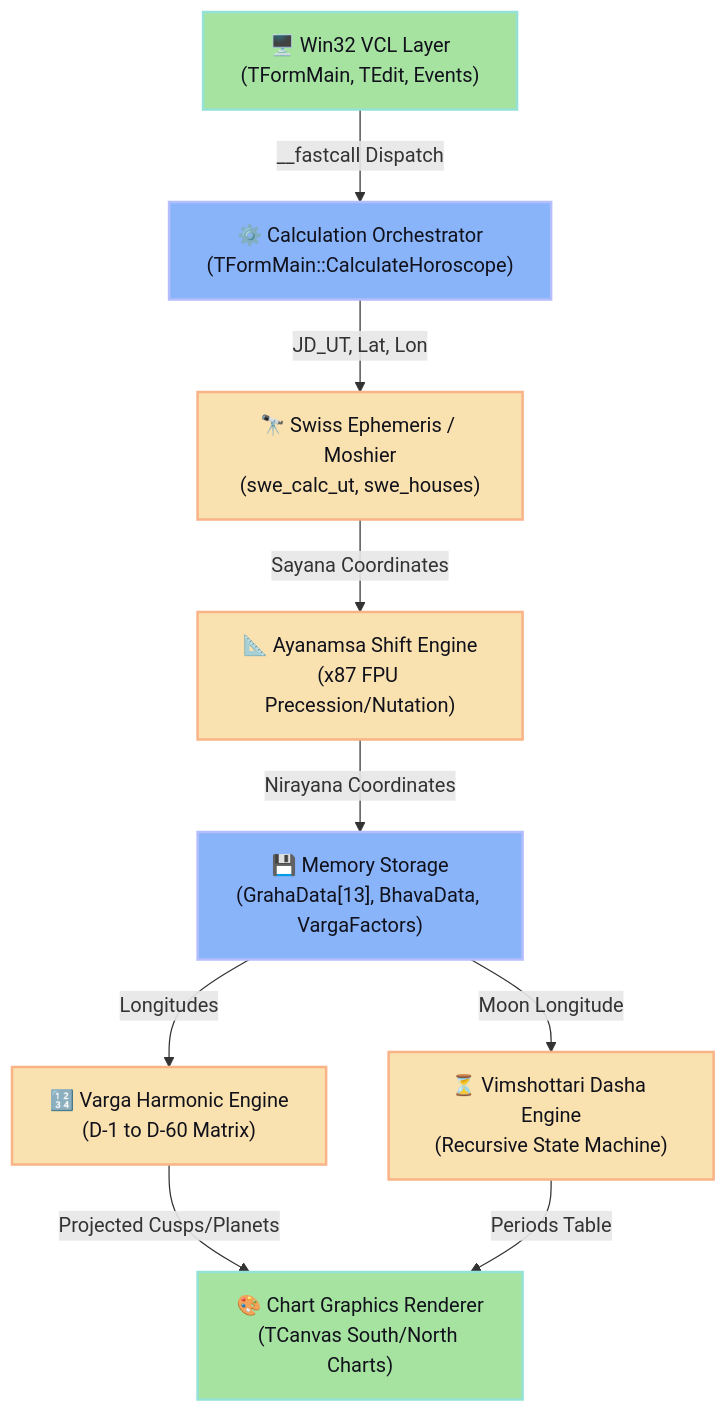
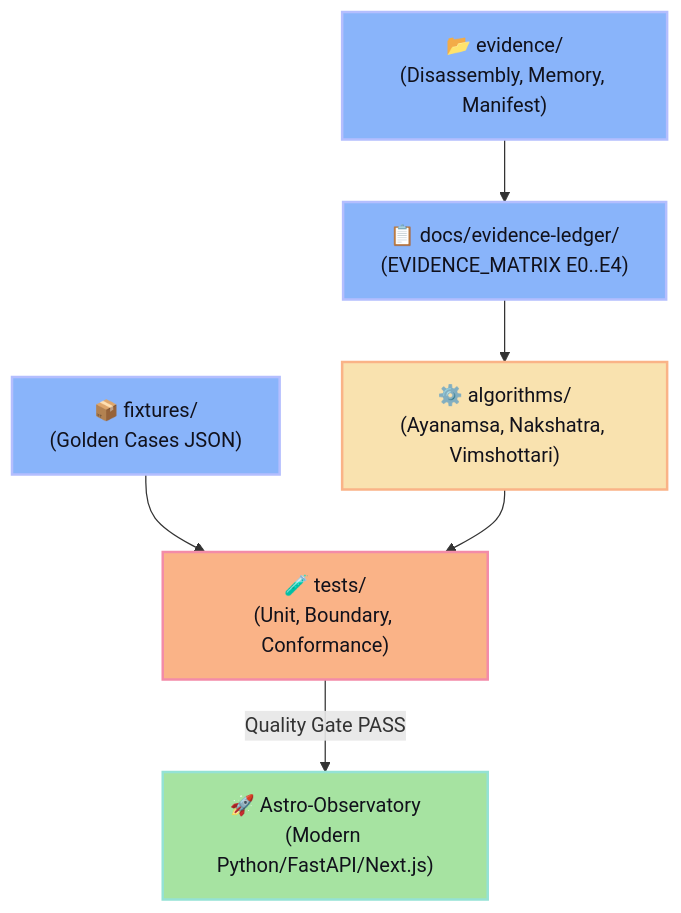
Before and after one commit to compilatorum/jagannatha-hora-re: the diagram in README.md, drawn with Mermaid. The commit also changed other lines of this file and 35 other files, not shown here.

First line of the commit message:
refactor: restructure repository according to SPEC_ASTRO_OBSERVATORY_MODERNIZATION

````diff
--- a/README.md
+++ b/README.md
@@ -12,16 +16,14 @@
 ```mermaid
 graph TD
     classDef default fill:#1e1e2e,stroke:#cdd6f4,stroke-width:1px,color:#cdd6f4;
     classDef core fill:#89b4fa,stroke:#b4befe,stroke-width:2px,color:#11111b;
     classDef math fill:#f9e2af,stroke:#fab387,stroke-width:2px,color:#11111b;
-    classDef ui fill:#a6e3a1,stroke:#94e2d5,stroke-width:2px,color:#11111b;
+    classDef gate fill:#fab387,stroke:#f38ba8,stroke-width:2px,color:#11111b;
+    classDef modern fill:#a6e3a1,stroke:#94e2d5,stroke-width:2px,color:#11111b;
 
-    UI["🖥️ Win32 VCL Layer<br/>(TFormMain, TEdit, Events)"]:::ui -->|"__fastcall Dispatch"| ORCH["⚙️ Calculation Orchestrator<br/>(TFormMain::CalculateHoroscope)"]:::core
-    ORCH -->|"JD_UT, Lat, Lon"| EPHEM["🔭 Swiss Ephemeris / Moshier<br/>(swe_calc_ut, swe_houses)"]:::math
-    EPHEM -->|"Sayana Coordinates"| AYAN["📐 Ayanamsa Shift Engine<br/>(x87 FPU Precession/Nutation)"]:::math
-    AYAN -->|"Nirayana Coordinates"| STRUCTS["💾 Memory Storage<br/>(GrahaData[13], BhavaData, VargaFactors)"]:::core
-    STRUCTS -->|"Longitudes"| VARGA["🔢 Varga Harmonic Engine<br/>(D-1 to D-60 Matrix)"]:::math
-    STRUCTS -->|"Moon Longitude"| DASHA["⏳ Vimshottari Dasha Engine<br/>(Recursive State Machine)"]:::math
-    VARGA -->|"Projected Cusps/Planets"| RENDER["🎨 Chart Graphics Renderer<br/>(TCanvas South/North Charts)"]:::ui
-    DASHA -->|"Periods Table"| RENDER
+    EVID["📂 evidence/<br/>(Disassembly, Memory, Manifest)"]:::core --> LEDGER["📋 docs/evidence-ledger/<br/>(EVIDENCE_MATRIX E0..E4)"]:::core
+    LEDGER --> ALG["⚙️ algorithms/<br/>(Ayanamsa, Nakshatra, Vimshottari)"]:::math
+    FIX["📦 fixtures/<br/>(Golden Cases JSON)"]:::core --> TESTS["🧪 tests/<br/>(Unit, Boundary, Conformance)"]:::gate
+    ALG --> TESTS
+    TESTS -->|"Quality Gate PASS"| ASTRO["🚀 Astro-Observatory<br/>(Modern Python/FastAPI/Next.js)"]:::modern
 ```
````
